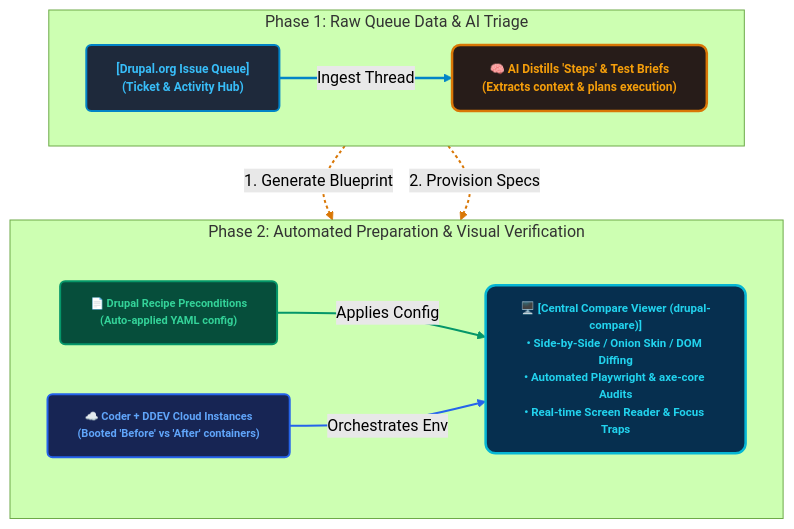
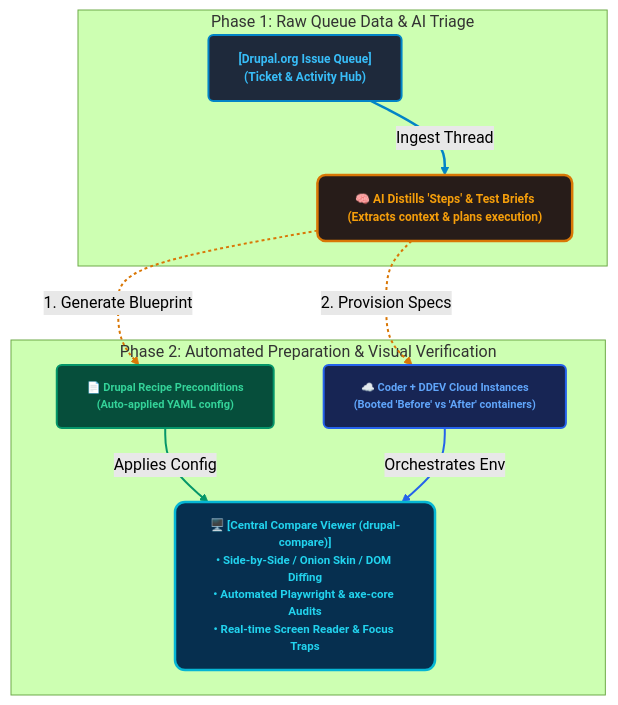
The second of 2 diagrams in Drupal-issue-queue.md (mgifford/mermaid-graphs), drawn with Mermaid (forest theme) before and after one commit. The commit also changed other lines of this file, not shown here.

````diff
--- a/Drupal-issue-queue.md
+++ b/Drupal-issue-queue.md
@@ -60,50 +55,44 @@
 ```mermaid
 flowchart TD
     %% Define Global Styles
     classDef originBox fill:#1e293b,stroke:#0284c7,stroke-width:2px,color:#38bdf8,font-size:12px,font-weight:bold,rx:5px,ry:5px;
     classDef aiBox fill:#271c19,stroke:#d97706,stroke-width:2.5px,color:#f59e0b,font-size:12px,font-weight:bold,rx:8px,ry:8px;
     classDef recipeBox fill:#064e3b,stroke:#059669,stroke-width:2px,color:#34d399,font-size:11px,font-weight:bold,rx:5px,ry:5px;
     classDef envBox fill:#172554,stroke:#2563eb,stroke-width:2px,color:#60a5fa,font-size:11px,font-weight:bold,rx:5px,ry:5px;
     classDef targetBox fill:#062f4f,stroke:#06b6d4,stroke-width:2.5px,color:#22d3ee,font-size:11.5px,font-weight:bold,rx:10px,ry:10px;
 
-    %% Row 1 Elements: Inputs & Intelligence 
-    QueueNode["[Drupal.org Issue Queue]<br/>(Ticket & Activity Hub)"]:::originBox
-    AINode["🧠 AI Distills 'Steps' & Test Briefs<br/>(Extracts context & plans execution)"]:::aiBox
+    %% Row 1 Setup: Input & Intelligence
+    subgraph Row1 [Phase 1: Raw Queue Data & AI Triage]
+        QueueNode["[Drupal.org Issue Queue]<br/>(Ticket & Activity Hub)"]:::originBox
+        AINode["🧠 AI Distills 'Steps' & Test Briefs<br/>(Extracts context & plans execution)"]:::aiBox
+    end
 
-    %% Row 2 Elements: Tasks & Final Viewer
-    RecipeNode["📄 Drupal Recipe Preconditions<br/>(Auto-applied YAML config)"]:::recipeBox
-    ContainerNode["☁️ Coder + DDEV Cloud Instances<br/>(Booted 'Before' vs 'After' containers)"]:::envBox
-    ViewerNode["🖥️ [Central Compare Viewer (drupal-compare)]<br/>• Side-by-Side / Onion Skin / DOM Diffing<br/>• Automated Playwright & axe-core Audits<br/>• Real-time Screen Reader & Focus Traps"]:::targetBox
+    %% Row 2 Setup: Auto environments & Comparison
+    subgraph Row2 [Phase 2: Automated Preparation & Visual Verification]
+        RecipeNode["📄 Drupal Recipe Preconditions<br/>(Auto-applied YAML config)"]:::recipeBox
+        ContainerNode["☁️ Coder + DDEV Cloud Instances<br/>(Booted 'Before' vs 'After' containers)"]:::envBox
+        ViewerNode["🖥️ [Central Compare Viewer (drupal-compare)]<br/>• Side-by-Side / Onion Skin / DOM Diffing<br/>• Automated Playwright & axe-core Audits<br/>• Real-time Screen Reader & Focus Traps"]:::targetBox
+    end
 
-    %% Row 1 connections
+    %% Ingest sequence
     QueueNode -->|Ingest Thread| AINode
 
-    %% Vertical down-connections directly from the processing row (Row 1)
+    %% Top Row to Bottom Row AI-Driven triggers 
     AINode -->|1. Generate Blueprint| RecipeNode
     AINode -->|2. Provision Specs| ContainerNode
 
-    %% Concluding connections merging into Viewer in Row 2
+    %% Consolidate to Viewer
     RecipeNode -->|Applies Config| ViewerNode
     ContainerNode -->|Orchestrates Env| ViewerNode
 
-    %% Enforced dual-row stacking grouping 
-    subgraph InputRow [Phase 1: Raw Queue Data & AI Triage]
-        direction LR
-        QueueNode
-        AINode
-    end
-
-    subgraph ExecutionRow [Phase 2: Automated Preparation & Visual Verification]
-        direction LR
-        RecipeNode
-        ContainerNode
-        ViewerNode
-    end
+    %% Vertical invisibles to maintain visual row stacking
+    QueueNode ~~~ RecipeNode
+    AINode ~~~ ContainerNode
 
     %% Apply visual styling pathways
     linkStyle 0 stroke:#0284c7,stroke-width:2.5px;
     linkStyle 1 stroke:#d97706,stroke-width:2px,stroke-dasharray:3 3;
     linkStyle 2 stroke:#d97706,stroke-width:2px,stroke-dasharray:3 3;
     linkStyle 3 stroke:#059669,stroke-width:2px;
     linkStyle 4 stroke:#2563eb,stroke-width:2px;
 ```
````
